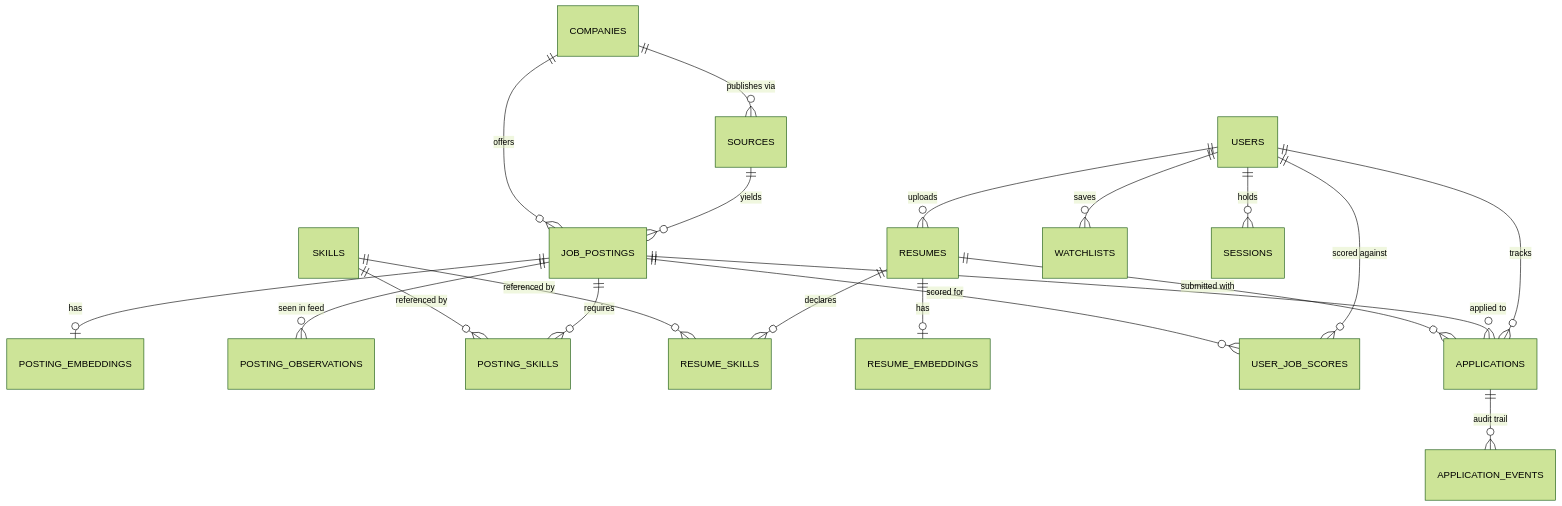
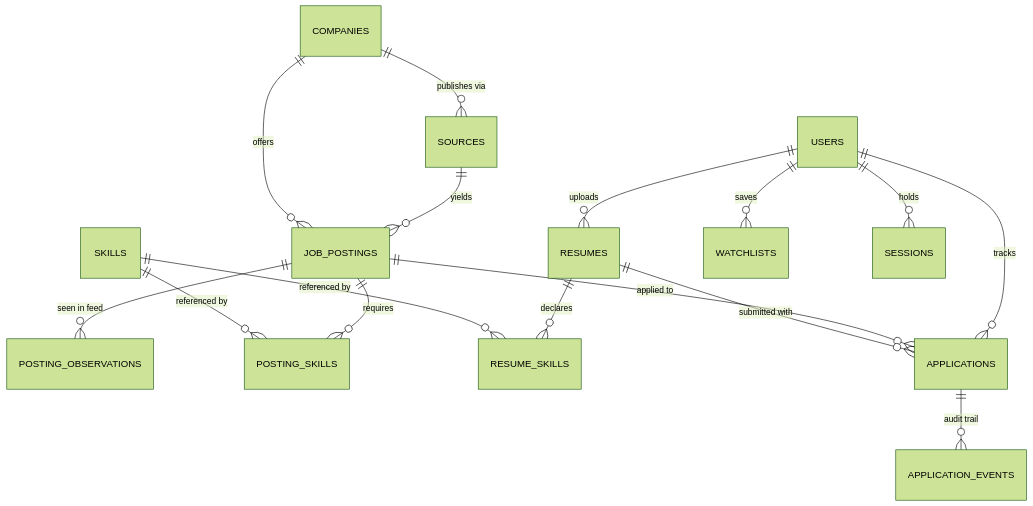
One commit to ergodicregulus/jobtrack changed the diagram in docs/architecture/data-model.md. Above: the diagram before and after it, drawn with Mermaid (forest theme). The commit also changed other lines of this file and 19 other files, not shown here.

````diff
--- a/docs/architecture/data-model.md
+++ b/docs/architecture/data-model.md
@@ -10,25 +10,21 @@
 ```mermaid
 erDiagram
     COMPANIES ||--o{ SOURCES : "publishes via"
     SOURCES   ||--o{ JOB_POSTINGS : yields
     COMPANIES ||--o{ JOB_POSTINGS : offers
-    JOB_POSTINGS ||--o| POSTING_EMBEDDINGS : has
     JOB_POSTINGS ||--o{ POSTING_OBSERVATIONS : "seen in feed"
     JOB_POSTINGS ||--o{ POSTING_SKILLS : requires
     SKILLS ||--o{ POSTING_SKILLS : "referenced by"
 
     USERS ||--o{ RESUMES : uploads
     RESUMES ||--o{ RESUME_SKILLS : declares
     SKILLS ||--o{ RESUME_SKILLS : "referenced by"
-    RESUMES ||--o| RESUME_EMBEDDINGS : has
-    USERS ||--o{ USER_JOB_SCORES : "scored against"
-    JOB_POSTINGS ||--o{ USER_JOB_SCORES : "scored for"
 
     USERS ||--o{ APPLICATIONS : tracks
     JOB_POSTINGS ||--o{ APPLICATIONS : "applied to"
     RESUMES ||--o{ APPLICATIONS : "submitted with"
     APPLICATIONS ||--o{ APPLICATION_EVENTS : "audit trail"
 
     USERS ||--o{ WATCHLISTS : saves
     USERS ||--o{ SESSIONS : holds
 ```
````
